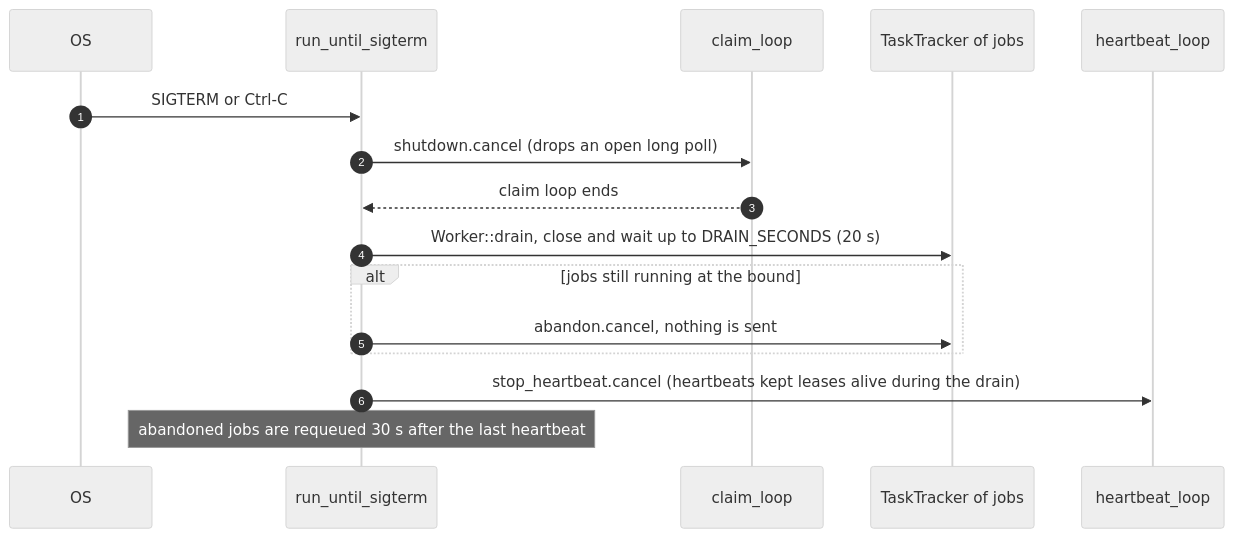
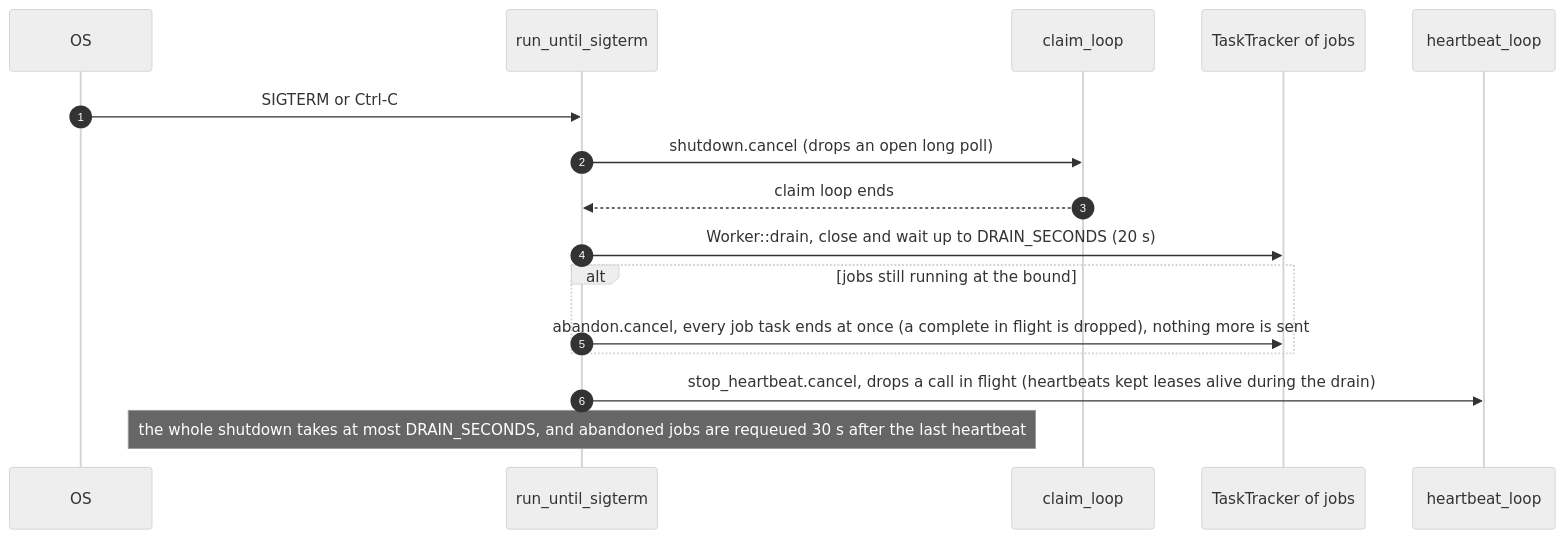
Before and after one commit to aacruzgon/GreenLens: diagram 11 of 32 in docs/backend/flows.md, drawn with Mermaid (neutral theme). The commit also changed other lines of this file and 3 other files, not shown here.

````diff
--- a/docs/backend/flows.md
+++ b/docs/backend/flows.md
@@ -633,18 +634,18 @@
 ```mermaid
 sequenceDiagram
     autonumber
     participant OS
     participant Main as run_until_sigterm
     participant CL as claim_loop
     participant Jobs as TaskTracker of jobs
     participant HB as heartbeat_loop
     OS->>Main: SIGTERM or Ctrl-C
     Main->>CL: shutdown.cancel (drops an open long poll)
     CL-->>Main: claim loop ends
     Main->>Jobs: Worker::drain, close and wait up to DRAIN_SECONDS (20 s)
     alt jobs still running at the bound
-        Main->>Jobs: abandon.cancel, nothing is sent
+        Main->>Jobs: abandon.cancel, every job task ends at once (a complete in flight is dropped), nothing more is sent
     end
-    Main->>HB: stop_heartbeat.cancel (heartbeats kept leases alive during the drain)
-    Note over Main: abandoned jobs are requeued 30 s after the last heartbeat
+    Main->>HB: stop_heartbeat.cancel, drops a call in flight (heartbeats kept leases alive during the drain)
+    Note over Main: the whole shutdown takes at most DRAIN_SECONDS, and abandoned jobs are requeued 30 s after the last heartbeat
 ```
````
